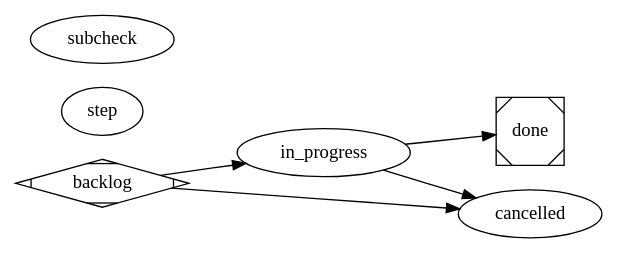
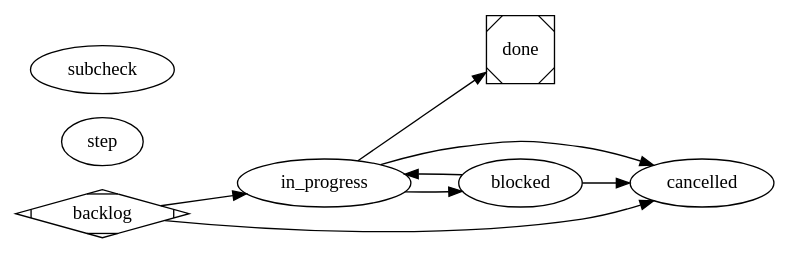
One commit to bobmcallan/satelle changed the diagram in internal/config/substrate/workflows/satelle-substrate-workflow.md. Above: the diagram before and after it, drawn with Graphviz. The commit also changed 12 other files, not shown here.

````diff
--- a/internal/config/substrate/workflows/satelle-substrate-workflow.md
+++ b/internal/config/substrate/workflows/satelle-substrate-workflow.md
@@ -41,26 +41,31 @@
 ```dot
 digraph satelle_substrate_workflow {
   graph [goal="Land a substrate-only (markdown) change — committed, pushed, summarised — verified to touch no code, without a version bump or release", vars="story, repo_root"]
   rankdir=LR
 
   backlog     [shape=Mdiamond]
   in_progress [agent=executor]                                          // in-loop: author + commit + push the substrate slice
   done        [shape=Msquare]                                           // terminal (the close gate verifies substrate-only)
   cancelled   [agent=reviewer, prompt="@skill:satelle-story-cancel-review"]
+  blocked     [agent=reviewer, prompt="@skill:satelle-story-blocked-review"]
 
   // step opts into per-transition step summaries (sty_9a139c78): edge-less, mandatory.
   step        [agent=reviewer, prompt="@skill:satelle-step-summary", mandatory=true]
 
   // The one gate: a DETERMINISTIC functional check on the close — the committed
   // slice must be substrate-only (no code), or the close is rejected.
   subcheck    [agent=reviewer, prompt="@skill:satelle-substrate-only-check", on="done"]
 
   backlog     -> in_progress
   in_progress -> done         // gated by subcheck (on="done"): substrate-only slice
   // A close reject leaves the story at in_progress (the transition does not enact),
   // so the agent just fixes the slice and re-requests done — no recovery edge needed.
 
+  in_progress -> blocked      [agent=reviewer, prompt="@skill:satelle-story-blocked-review"]
+  blocked     -> in_progress
+
   backlog     -> cancelled
   in_progress -> cancelled
+  blocked     -> cancelled
 }
 ```
````
